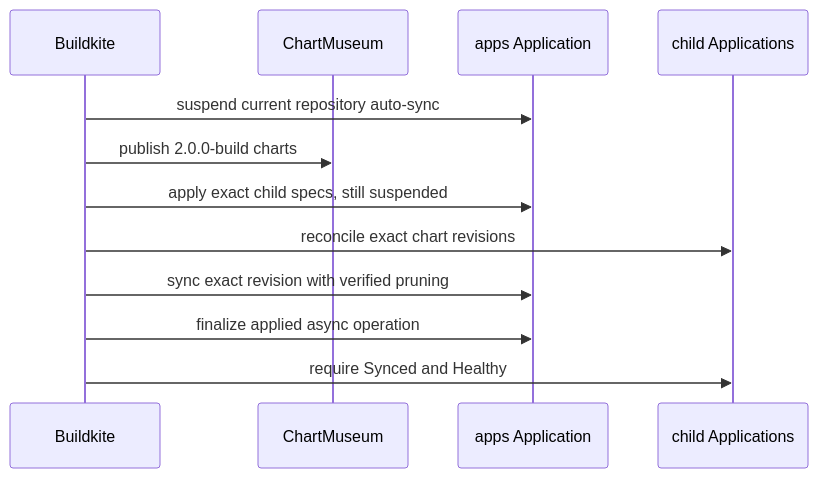
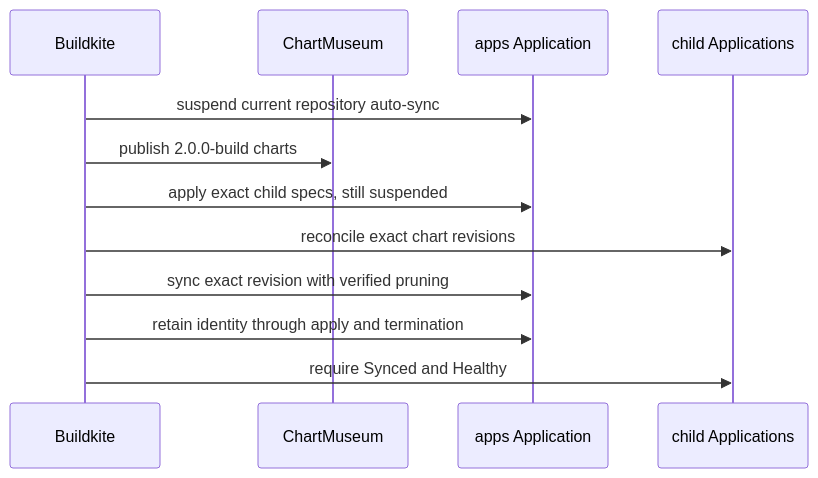
The diagram in packages/docs/wiki/src/content/docs/explanation/homelab/release-safety.md (shepherdjerred/monorepo), drawn with Mermaid before and after one commit. The commit also changed other lines of this file and 10 other files, not shown here.

````diff
--- a/packages/docs/wiki/src/content/docs/explanation/homelab/release-safety.md
+++ b/packages/docs/wiki/src/content/docs/explanation/homelab/release-safety.md
@@ -12,17 +12,17 @@
 ```mermaid
 sequenceDiagram
   accTitle: Homelab release sequence
   accDescr: Buildkite suspends floating auto-sync, publishes an immutable chart set, applies the exact child specifications while suspended, reconciles child workloads, and finally restores the exact root tree with safe pruning.
   participant BK as Buildkite
   participant CM as ChartMuseum
   participant Root as apps Application
   participant Child as child Applications
 
   BK->>Root: suspend current repository auto-sync
   BK->>CM: publish 2.0.0-build charts
   BK->>Root: apply exact child specs, still suspended
   BK->>Child: reconcile exact chart revisions
   BK->>Root: sync exact revision with verified pruning
-  BK->>Root: finalize applied async operation
+  BK->>Root: retain identity through apply and termination
   BK->>Child: require Synced and Healthy
 ```
````
